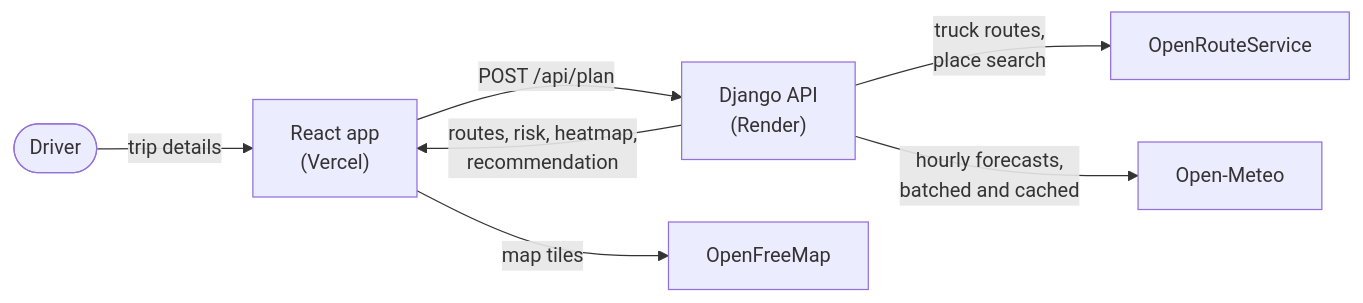
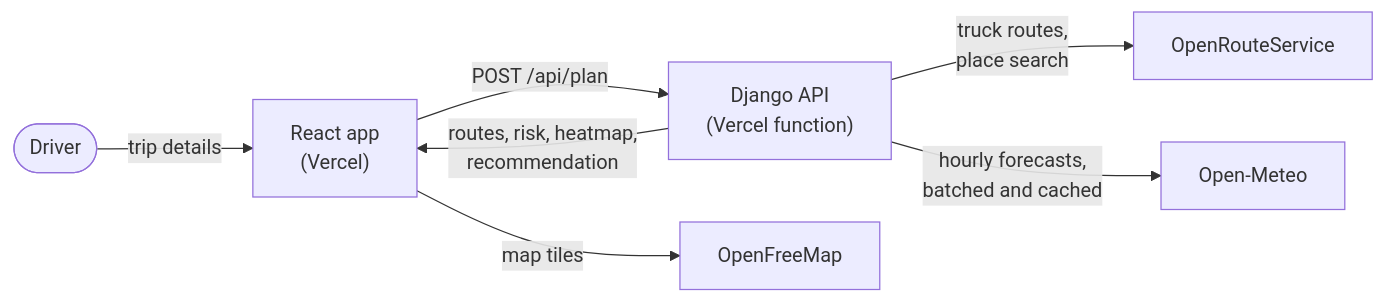
Before and after one commit to syedAliRazaHussnain/weather-aware-truck-routing: the diagram in README.md, drawn with Mermaid. The commit also changed other lines of this file and 3 other files, not shown here.

````diff
--- a/README.md
+++ b/README.md
@@ -32,9 +32,9 @@
 ```mermaid
 flowchart LR
     driver(["Driver"]) -->|"trip details"| ui["React app<br/>(Vercel)"]
-    ui -->|"POST /api/plan"| api["Django API<br/>(Render)"]
+    ui -->|"POST /api/plan"| api["Django API<br/>(Vercel function)"]
     api -->|"truck routes,<br/>place search"| ors["OpenRouteService"]
     api -->|"hourly forecasts,<br/>batched and cached"| om["Open-Meteo"]
     api -->|"routes, risk, heatmap,<br/>recommendation"| ui
     ui -->|"map tiles"| tiles["OpenFreeMap"]
 ```
````
